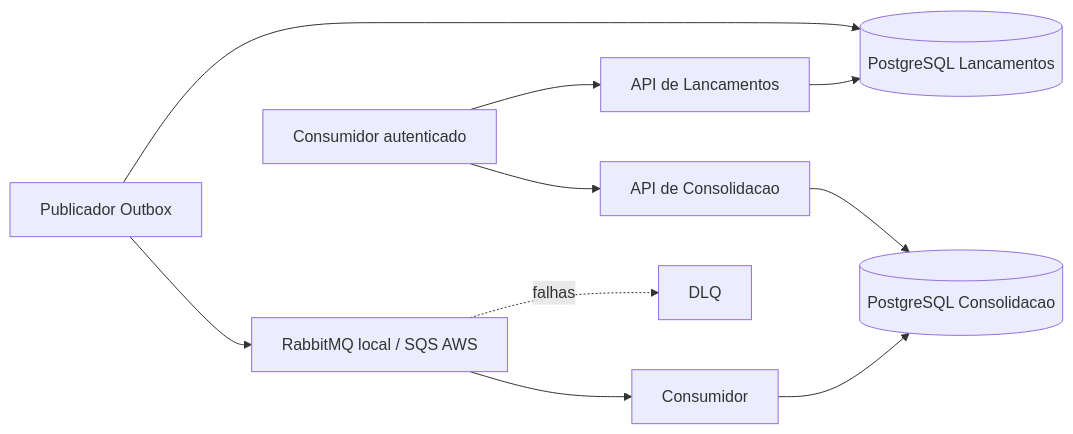
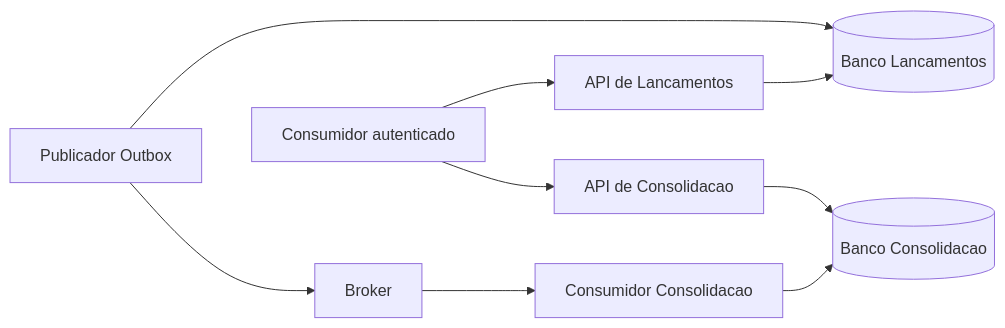
The diagram in docs/03-arquitetura-solucao/das.md (ThiagoFerraciolli/cash-flow-architecture), drawn with Mermaid before and after one commit. The commit also changed other lines of this file, not shown here.

````diff
--- a/docs/03-arquitetura-solucao/das.md
+++ b/docs/03-arquitetura-solucao/das.md
@@ -13,12 +13,11 @@
 ```mermaid
 flowchart LR
     U[Consumidor autenticado] --> TA[API de Lancamentos]
-    TA --> TDB[(PostgreSQL Lancamentos)]
+    U --> CA[API de Consolidacao]
+    TA --> TDB[(Banco Lancamentos)]
     TW[Publicador Outbox] --> TDB
-    TW --> Q[RabbitMQ local / SQS AWS]
-    Q --> CW[Consumidor]
-    CW --> CDB[(PostgreSQL Consolidacao)]
-    U --> CA[API de Consolidacao]
+    TW --> Q[Broker]
+    Q --> CW[Consumidor Consolidacao]
+    CW --> CDB[(Banco Consolidacao)]
     CA --> CDB
-    Q -. falhas .-> D[DLQ]
 ```
````
